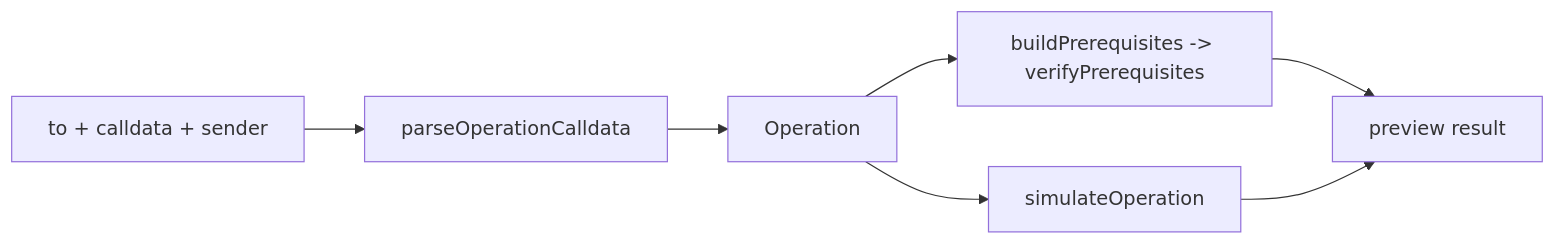
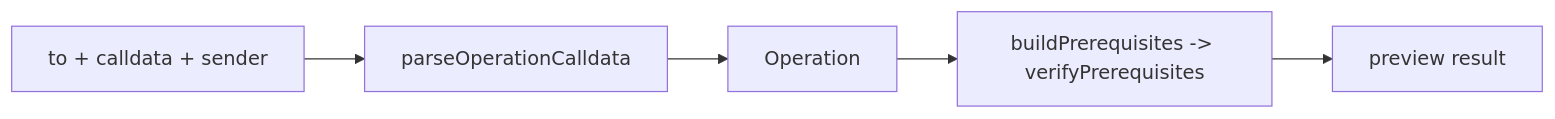
Before and after one commit to Gearbox-protocol/sdk: the diagram in src/preview/README.md, drawn with Mermaid. The commit also changed other lines of this file and 1 other file, not shown here.

Commit message:
fix: remove simulate from exports of preview module

````diff
--- a/src/preview/README.md
+++ b/src/preview/README.md
@@ -97,9 +86,7 @@
 ```mermaid
 flowchart LR
   calldata["to + calldata + sender"] --> parse["parseOperationCalldata"]
   parse --> operation["Operation"]
   operation --> prereq["buildPrerequisites -> verifyPrerequisites"]
-  operation --> sim["simulateOperation"]
   prereq --> result["preview result"]
-  sim --> result
 ```
````
